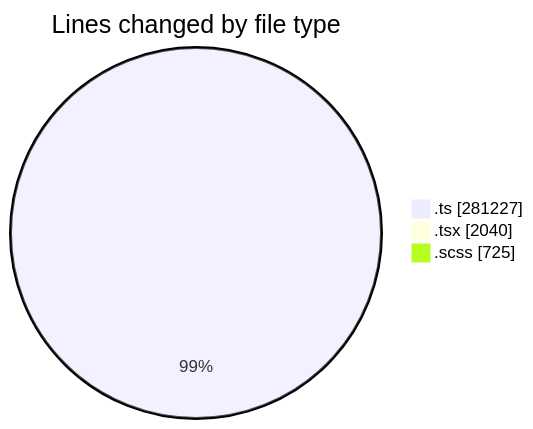
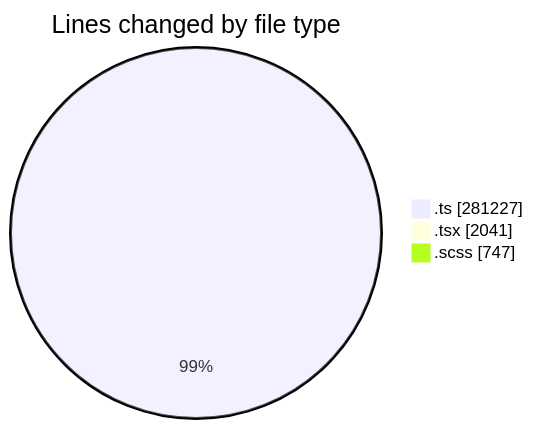
Before and after one commit to momahboobian/code-tracking: the first of 2 diagrams in 2025-08-22/cda/README.md, drawn with Mermaid. The commit also changed other lines of this file and 1 other file, not shown here.

````diff
--- a/2025-08-22/cda/README.md
+++ b/2025-08-22/cda/README.md
@@ -42,7 +42,7 @@
 ```mermaid
 pie showData
 title Lines changed by file type
 ".ts" : 281227
-".tsx" : 2040
-".scss" : 725
+".tsx" : 2041
+".scss" : 747
 ```
````
